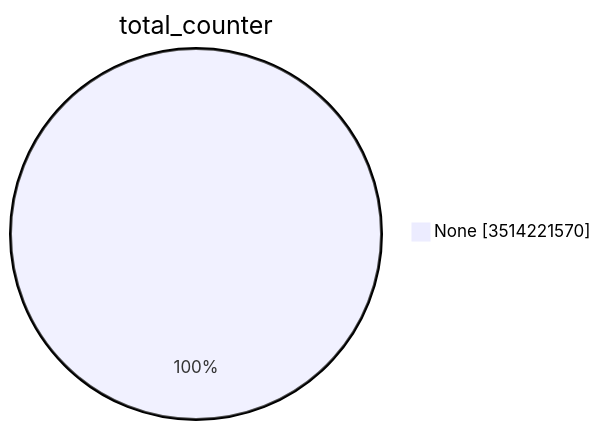
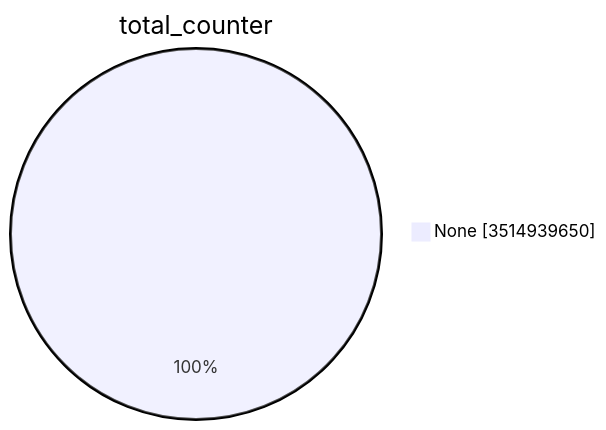
The first of 15 diagrams in TOTAL/README.md (christiankrug/ctmonitor_visualization), drawn with Mermaid before and after one commit. The commit also changed other lines of this file, not shown here.

````diff
--- a/TOTAL/README.md
+++ b/TOTAL/README.md
@@ -1,5 +1,5 @@
 ```mermaid
 pie showData
 title total_counter
-"None" :3514221570
+"None" :3514939650
 ```
````
